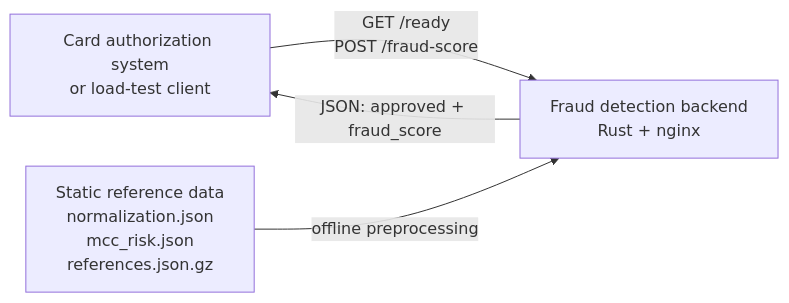
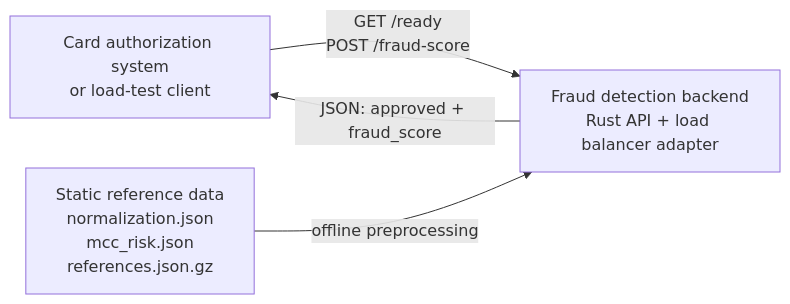
One commit to zanfranceschi/rinha-de-backend-2026 changed the first of 5 diagrams in docs/en/IMPLEMENTATION_C4.md. Above: the diagram before and after it, drawn with Mermaid. The commit also changed other lines of this file and 8 other files, not shown here.

````diff
--- a/docs/en/IMPLEMENTATION_C4.md
+++ b/docs/en/IMPLEMENTATION_C4.md
@@ -16,10 +18,10 @@
 ```mermaid
 flowchart LR
     card[Card authorization system<br/>or load-test client]
-    service[Fraud detection backend<br/>Rust + nginx]
+    service[Fraud detection backend<br/>Rust API + load balancer adapter]
     dataset[Static reference data<br/>normalization.json<br/>mcc_risk.json<br/>references.json.gz]
 
     card -->|GET /ready<br/>POST /fraud-score| service
     dataset -->|offline preprocessing| service
     service -->|JSON: approved + fraud_score| card
 ```
````
